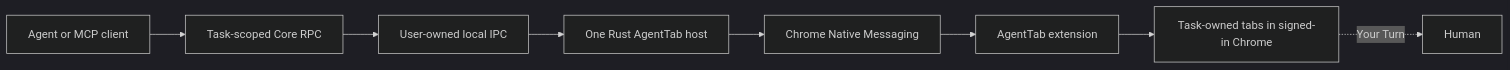
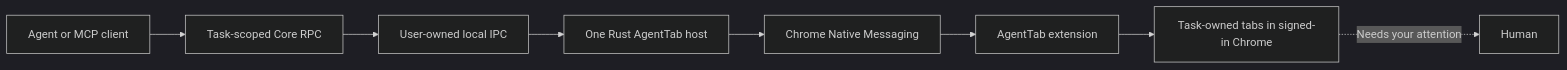
One commit to wolfiesch/agenttab changed the diagram in README.md. Above: the diagram before and after it, drawn with Mermaid (dark theme). The commit also changed other lines of this file and 52 other files, not shown here.

````diff
--- a/README.md
+++ b/README.md
@@ -77,10 +77,10 @@
 ```mermaid
 flowchart LR
     A[Agent or MCP client] --> B[Task-scoped Core RPC]
     B --> C[User-owned local IPC]
     C --> D[One Rust AgentTab host]
     D --> E[Chrome Native Messaging]
     E --> F[AgentTab extension]
     F --> G[Task-owned tabs in signed-in Chrome]
-    G -. Your Turn .-> H[Human]
+    G -. Needs your attention .-> H[Human]
 ```
````
